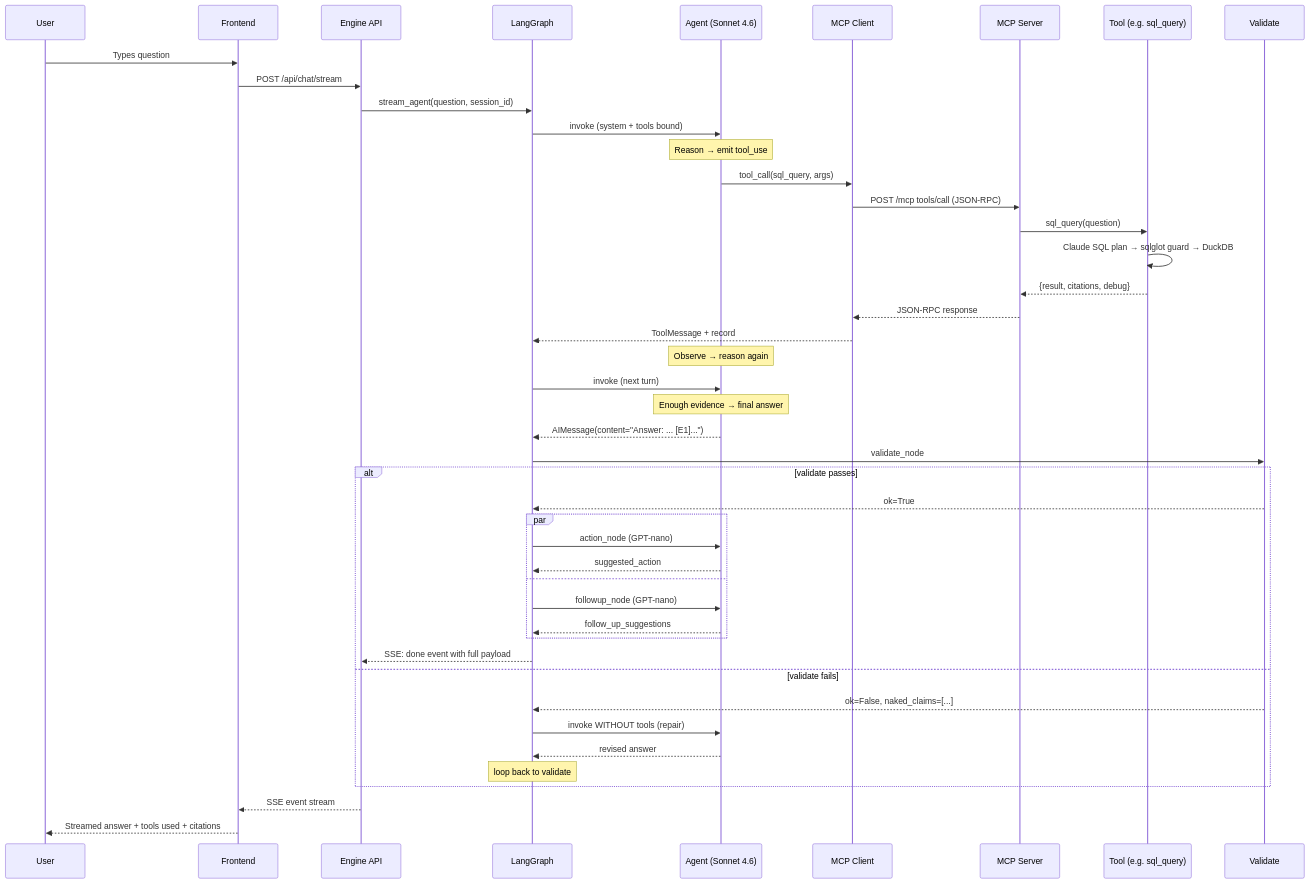
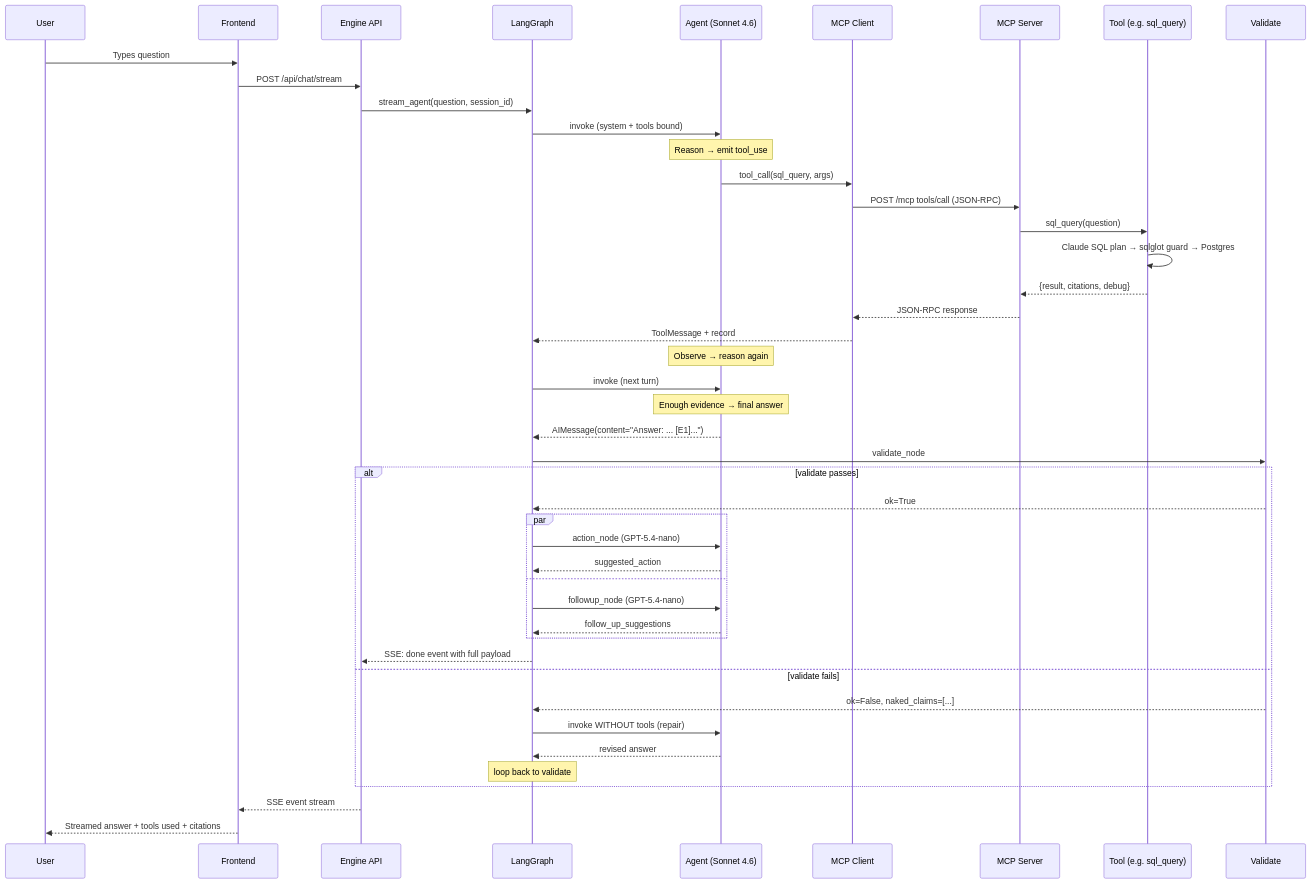
The diagram in docs/data-flow.md (sazzad-kamal/crm-agentic-mcp-engine), drawn with Mermaid before and after one commit. The commit also changed other lines of this file and 2 other files, not shown here.

Commit message:
docs: align nested docs with README (Postgres, GPT-5.4-nano, PostgresSaver)

````diff
--- a/docs/data-flow.md
+++ b/docs/data-flow.md
@@ -7,53 +7,53 @@
 ```mermaid
 sequenceDiagram
     participant U as User
     participant FE as Frontend
     participant API as Engine API
     participant G as LangGraph
     participant A as Agent (Sonnet 4.6)
     participant MC as MCP Client
     participant MS as MCP Server
     participant T as Tool (e.g. sql_query)
     participant V as Validate
 
     U->>FE: Types question
     FE->>API: POST /api/chat/stream
     API->>G: stream_agent(question, session_id)
     G->>A: invoke (system + tools bound)
 
     Note over A: Reason → emit tool_use
     A->>MC: tool_call(sql_query, args)
     MC->>MS: POST /mcp tools/call (JSON-RPC)
     MS->>T: sql_query(question)
-    T->>T: Claude SQL plan → sqlglot guard → DuckDB
+    T->>T: Claude SQL plan → sqlglot guard → Postgres
     T-->>MS: {result, citations, debug}
     MS-->>MC: JSON-RPC response
     MC-->>G: ToolMessage + record
 
     Note over A: Observe → reason again
     G->>A: invoke (next turn)
 
     Note over A: Enough evidence → final answer
     A-->>G: AIMessage(content="Answer: ... [E1]...")
     G->>V: validate_node
 
     alt validate passes
         V-->>G: ok=True
         par
-            G->>A: action_node (GPT-nano)
+            G->>A: action_node (GPT-5.4-nano)
             A-->>G: suggested_action
         and
-            G->>A: followup_node (GPT-nano)
+            G->>A: followup_node (GPT-5.4-nano)
             A-->>G: follow_up_suggestions
         end
         G-->>API: SSE: done event with full payload
     else validate fails
         V-->>G: ok=False, naked_claims=[...]
         G->>A: invoke WITHOUT tools (repair)
         A-->>G: revised answer
         Note over G: loop back to validate
     end
 
     API-->>FE: SSE event stream
     FE-->>U: Streamed answer + tools used + citations
 ```
````
